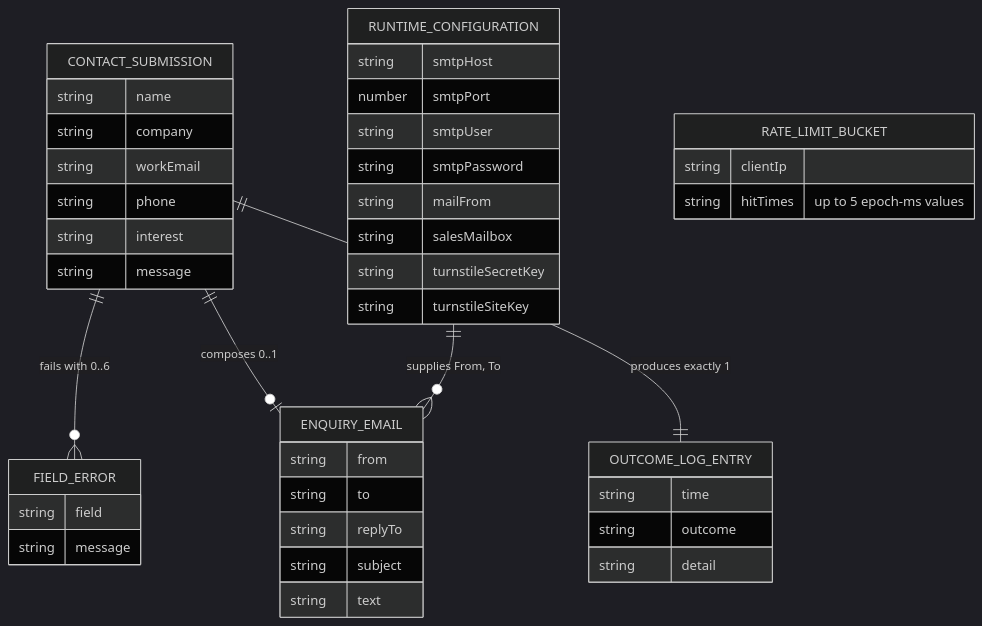
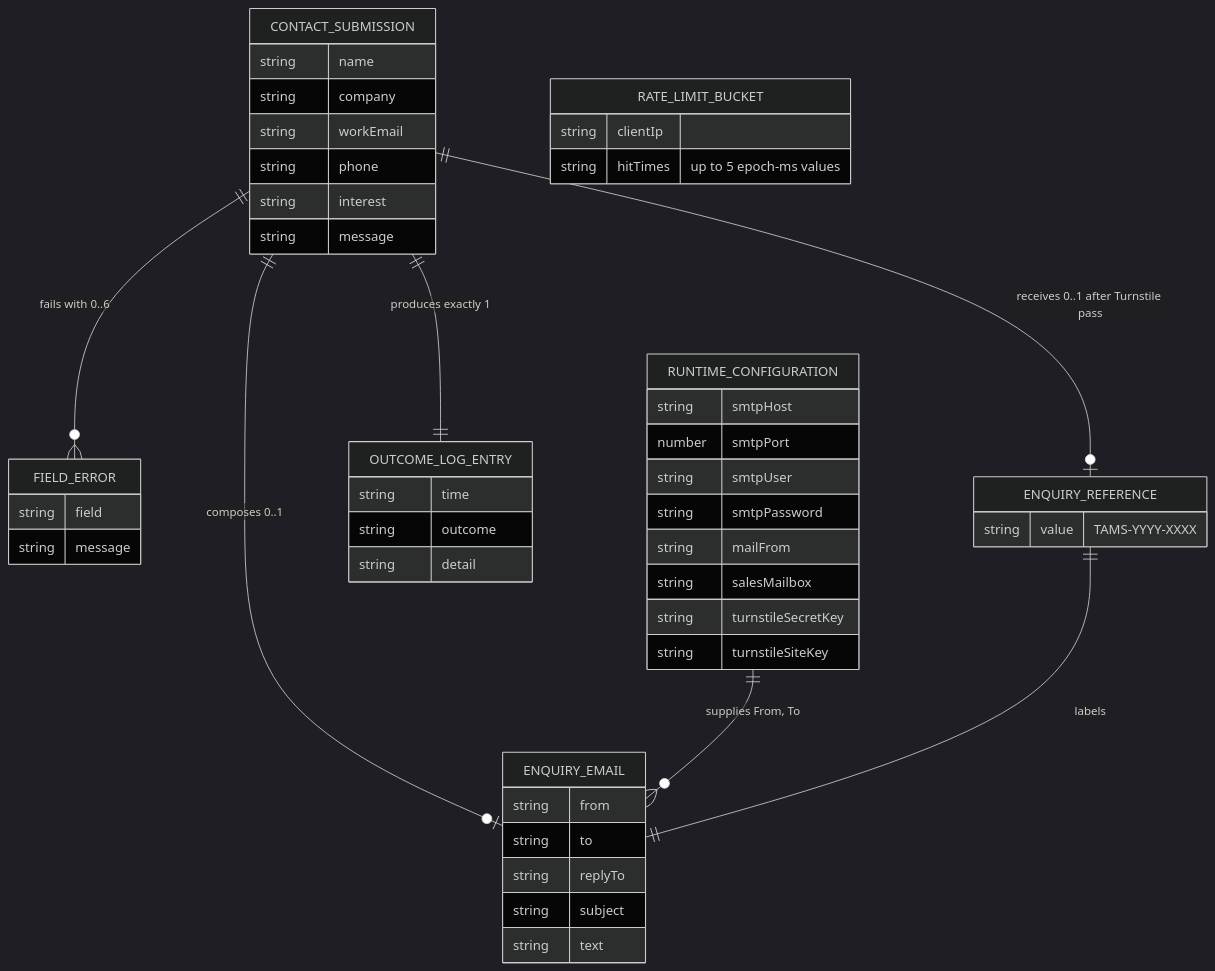
One commit to tamsinfo/website changed the diagram in docs/03-design/data-model.md. Above: the diagram before and after it, drawn with Mermaid (dark theme). The commit also changed other lines of this file and 4 other files, not shown here.

Commit message:
chore(lonewolf): record architect patch for AMD-001 to AMD-003

````diff
--- a/docs/03-design/data-model.md
+++ b/docs/03-design/data-model.md
@@ -33,46 +36,51 @@
 ```mermaid
 erDiagram
   CONTACT_SUBMISSION ||--o{ FIELD_ERROR : "fails with 0..6"
   CONTACT_SUBMISSION ||--o| ENQUIRY_EMAIL : "composes 0..1"
   RUNTIME_CONFIGURATION ||--o{ ENQUIRY_EMAIL : "supplies From, To"
   CONTACT_SUBMISSION ||--|| OUTCOME_LOG_ENTRY : "produces exactly 1"
+  CONTACT_SUBMISSION ||--o| ENQUIRY_REFERENCE : "receives 0..1 after Turnstile pass"
+  ENQUIRY_REFERENCE ||--|| ENQUIRY_EMAIL : "labels"
 
   CONTACT_SUBMISSION {
     string name
     string company
     string workEmail
     string phone
     string interest
     string message
   }
   FIELD_ERROR {
     string field
     string message
   }
   RATE_LIMIT_BUCKET {
     string clientIp
     string hitTimes "up to 5 epoch-ms values"
   }
   RUNTIME_CONFIGURATION {
     string smtpHost
     number smtpPort
     string smtpUser
     string smtpPassword
     string mailFrom
     string salesMailbox
     string turnstileSecretKey
     string turnstileSiteKey
   }
   ENQUIRY_EMAIL {
     string from
     string to
     string replyTo
     string subject
     string text
   }
+  ENQUIRY_REFERENCE {
+    string value "TAMS-YYYY-XXXX"
+  }
   OUTCOME_LOG_ENTRY {
     string time
     string outcome
     string detail
   }
 ```
````
